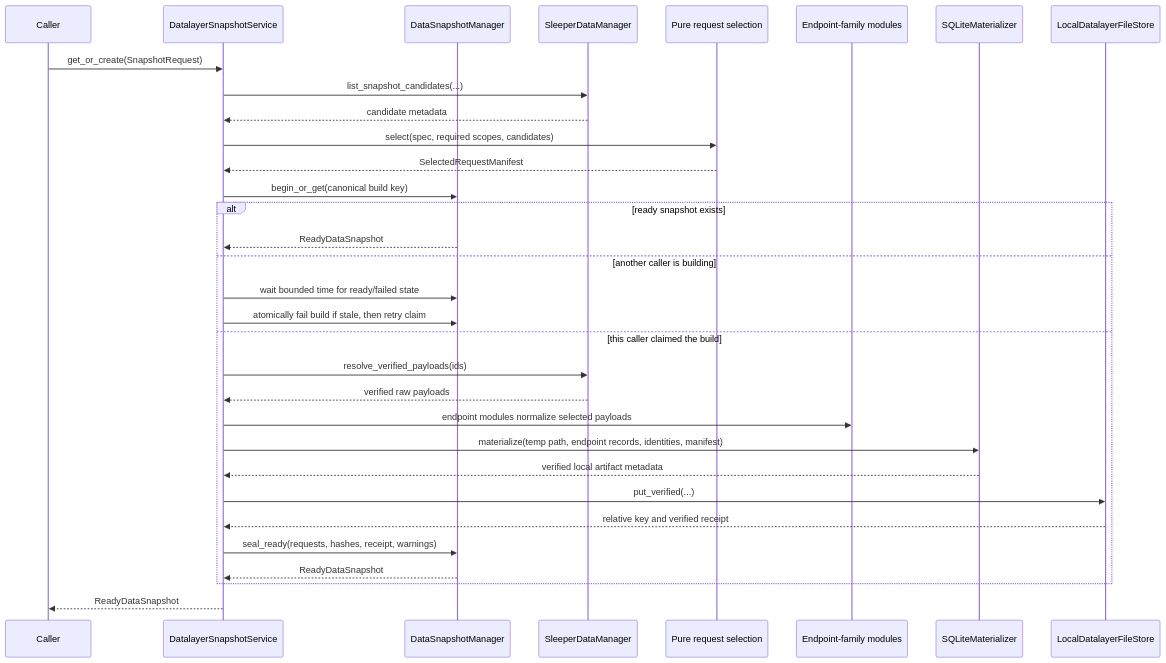
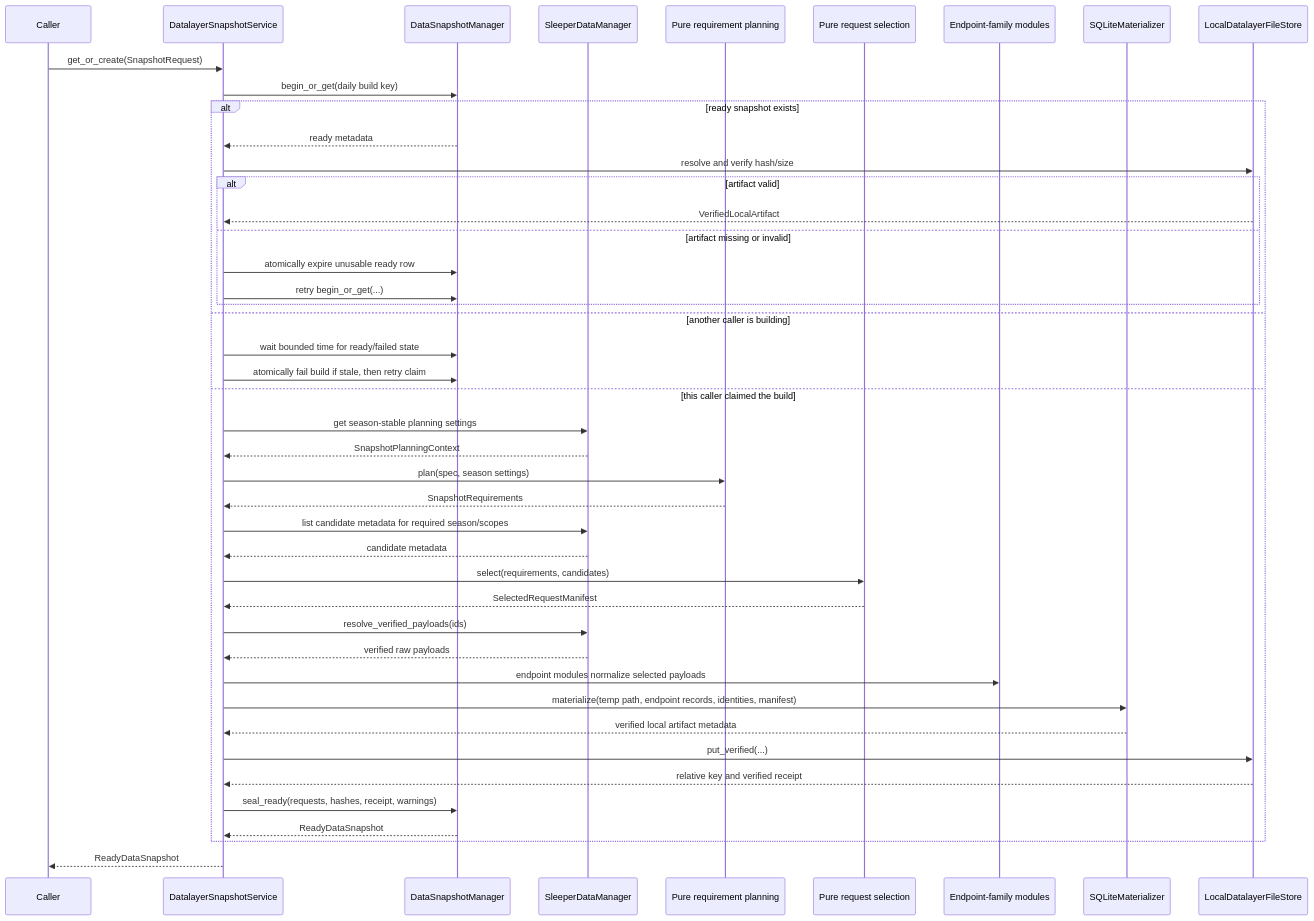
Before and after one commit to maxwn04/AIdamShefter-v2: the diagram in docs/datalayer/snapshots-and-query-runtime.md, drawn with Mermaid. The commit also changed other lines of this file and 7 other files, not shown here.

Commit message:
docs(datalayer): simplify daily snapshot identity

````diff
--- a/docs/datalayer/snapshots-and-query-runtime.md
+++ b/docs/datalayer/snapshots-and-query-runtime.md
@@ -69,35 +74,47 @@
 ```mermaid
 sequenceDiagram
     participant Caller
     participant Service as DatalayerSnapshotService
     participant Snap as DataSnapshotManager
     participant Obs as SleeperDataManager
+    participant Require as Pure requirement planning
     participant Select as Pure request selection
     participant Norm as Endpoint-family modules
     participant Mat as SQLiteMaterializer
     participant Files as LocalDatalayerFileStore
 
     Caller->>Service: get_or_create(SnapshotRequest)
-    Service->>Obs: list_snapshot_candidates(...)
-    Obs-->>Service: candidate metadata
-    Service->>Select: select(spec, required scopes, candidates)
-    Select-->>Service: SelectedRequestManifest
-    Service->>Snap: begin_or_get(canonical build key)
+    Service->>Snap: begin_or_get(daily build key)
     alt ready snapshot exists
-        Snap-->>Service: ReadyDataSnapshot
+        Snap-->>Service: ready metadata
+        Service->>Files: resolve and verify hash/size
+        alt artifact valid
+            Files-->>Service: VerifiedLocalArtifact
+        else artifact missing or invalid
+            Service->>Snap: atomically expire unusable ready row
+            Service->>Snap: retry begin_or_get(...)
+        end
     else another caller is building
         Service->>Snap: wait bounded time for ready/failed state
         Service->>Snap: atomically fail build if stale, then retry claim
     else this caller claimed the build
+        Service->>Obs: get season-stable planning settings
+        Obs-->>Service: SnapshotPlanningContext
+        Service->>Require: plan(spec, season settings)
+        Require-->>Service: SnapshotRequirements
+        Service->>Obs: list candidate metadata for required season/scopes
+        Obs-->>Service: candidate metadata
+        Service->>Select: select(requirements, candidates)
+        Select-->>Service: SelectedRequestManifest
         Service->>Obs: resolve_verified_payloads(ids)
         Obs-->>Service: verified raw payloads
         Service->>Norm: endpoint modules normalize selected payloads
         Service->>Mat: materialize(temp path, endpoint records, identities, manifest)
         Mat-->>Service: verified local artifact metadata
         Service->>Files: put_verified(...)
         Files-->>Service: relative key and verified receipt
         Service->>Snap: seal_ready(requests, hashes, receipt, warnings)
         Snap-->>Service: ReadyDataSnapshot
     end
     Service-->>Caller: ReadyDataSnapshot
 ```
````
